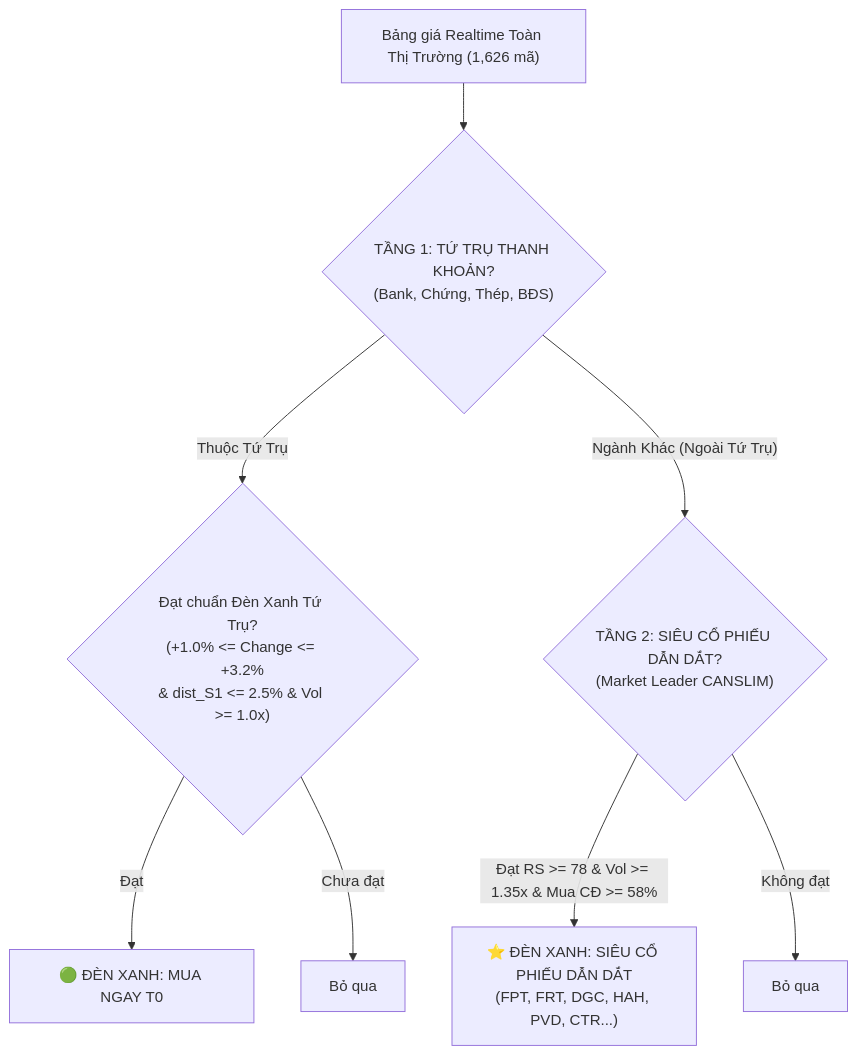
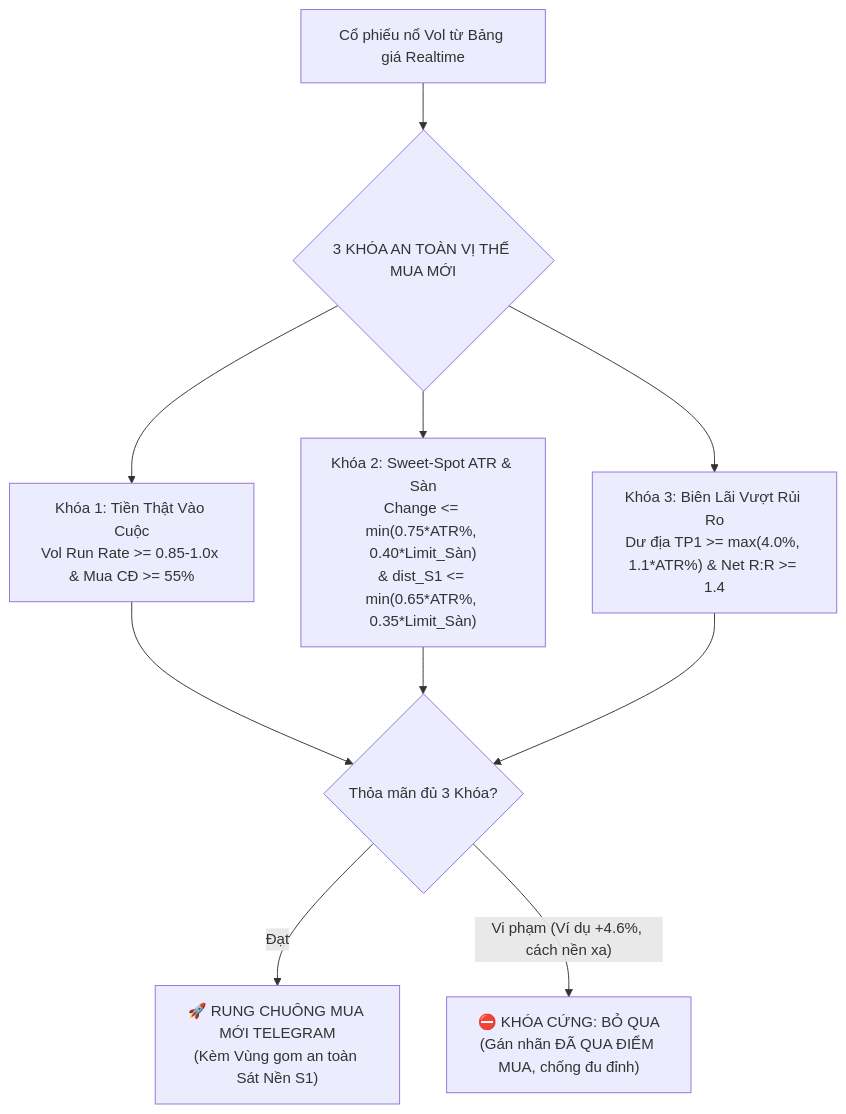
The second of 2 diagrams in guide/STOCK_ANALYSIS_GUIDE.md (pvlminh3005/stock_vn), drawn with Mermaid before and after one commit. The commit also changed other lines of this file and 26 other files, not shown here.

````diff
--- a/guide/STOCK_ANALYSIS_GUIDE.md
+++ b/guide/STOCK_ANALYSIS_GUIDE.md
@@ -215,12 +223,12 @@
 ```mermaid
 flowchart TD
-    A["Bảng giá Realtime Toàn Thị Trường (1,626 mã)"] --> B{"TẦNG 1: TỨ TRỤ THANH KHOẢN?<br>(Bank, Chứng, Thép, BĐS)"}
+    A["Cổ phiếu nổ Vol từ Bảng giá Realtime"] --> B{"3 KHÓA AN TOÀN VỊ THẾ MUA MỚI"}
     
-    B -- Thuộc Tứ Trụ --> C{"Đạt chuẩn Đèn Xanh Tứ Trụ?<br>(+1.0% <= Change <= +3.2%<br>& dist_S1 <= 2.5% & Vol >= 1.0x)"}
-    C -- Đạt --> E["🟢 ĐÈN XANH: MUA NGAY T0"]
-    C -- Chưa đạt --> X1["Bỏ qua"]
+    B --> K1["Khóa 1: Tiền Thật Vào Cuộc<br>Vol Run Rate >= 0.85-1.0x & Mua CĐ >= 55%"]
+    B --> K2["Khóa 2: Sweet-Spot ATR & Sàn<br>Change <= min(0.75*ATR%, 0.40*Limit_Sàn)<br>& dist_S1 <= min(0.65*ATR%, 0.35*Limit_Sàn)"]
+    B --> K3["Khóa 3: Biên Lãi Vượt Rủi Ro<br>Dư địa TP1 >= max(4.0%, 1.1*ATR%) & Net R:R >= 1.4"]
     
-    B -- Ngành Khác (Ngoài Tứ Trụ) --> D{"TẦNG 2: SIÊU CỔ PHIẾU DẪN DẮT?<br>(Market Leader CANSLIM)"}
-    D -- Đạt RS >= 78 & Vol >= 1.35x & Mua CĐ >= 58% --> F["⭐ ĐÈN XANH: SIÊU CỔ PHIẾU DẪN DẮT<br>(FPT, FRT, DGC, HAH, PVD, CTR...)"]
-    D -- Không đạt --> X2["Bỏ qua"]
+    K1 & K2 & K3 --> PASS{"Thỏa mãn đủ 3 Khóa?"}
+    PASS -- Đạt --> ALERT["🚀 RUNG CHUÔNG MUA MỚI TELEGRAM<br>(Kèm Vùng gom an toàn Sát Nền S1)"]
+    PASS -- Vi phạm (Ví dụ +4.6%, cách nền xa) --> REJECT["⛔ KHÓA CỨNG: BỎ QUA<br>(Gán nhãn ĐÃ QUA ĐIỂM MUA, chống đu đỉnh)"]
 ```
````
